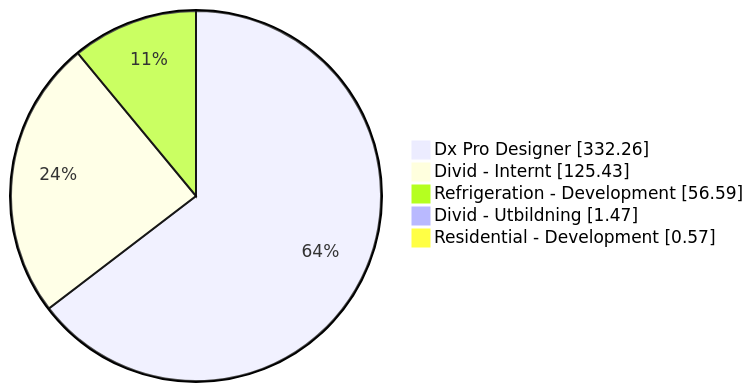
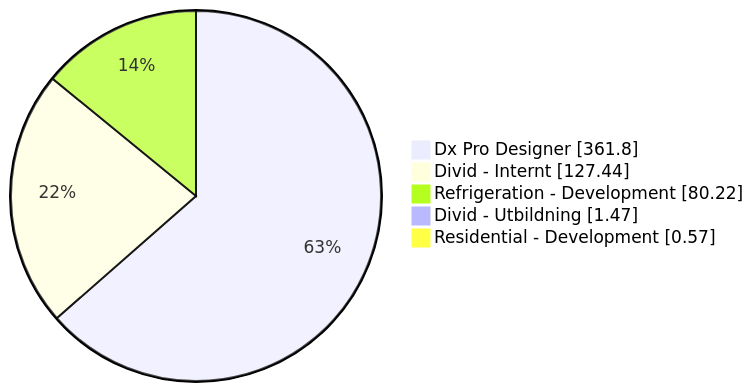
The first of 5 diagrams in README.org (albinforsberg-netizen/timeclock), drawn with Mermaid before and after one commit. The commit also changed other lines of this file, not shown here.

```diff
--- a/README.org
+++ b/README.org
@@ -32,8 +32,8 @@
 #+begin_src mermaid
 pie showData
-    "Dx Pro Designer" : 332.26
-    "Divid - Internt" : 125.43
-    "Refrigeration - Development" : 56.59
+    "Dx Pro Designer" : 361.80
+    "Divid - Internt" : 127.44
+    "Refrigeration - Development" : 80.22
     "Divid - Utbildning" : 1.47
     "Residential - Development" : 0.57
 #+end_src
```
